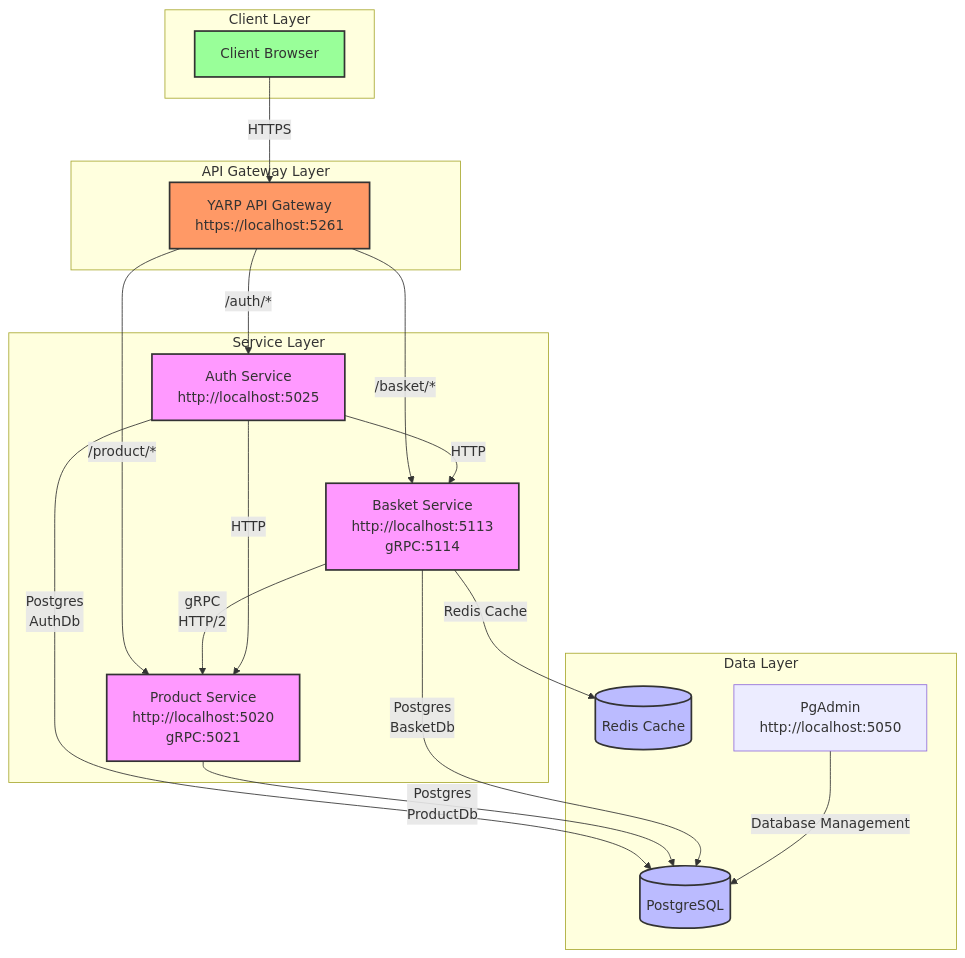
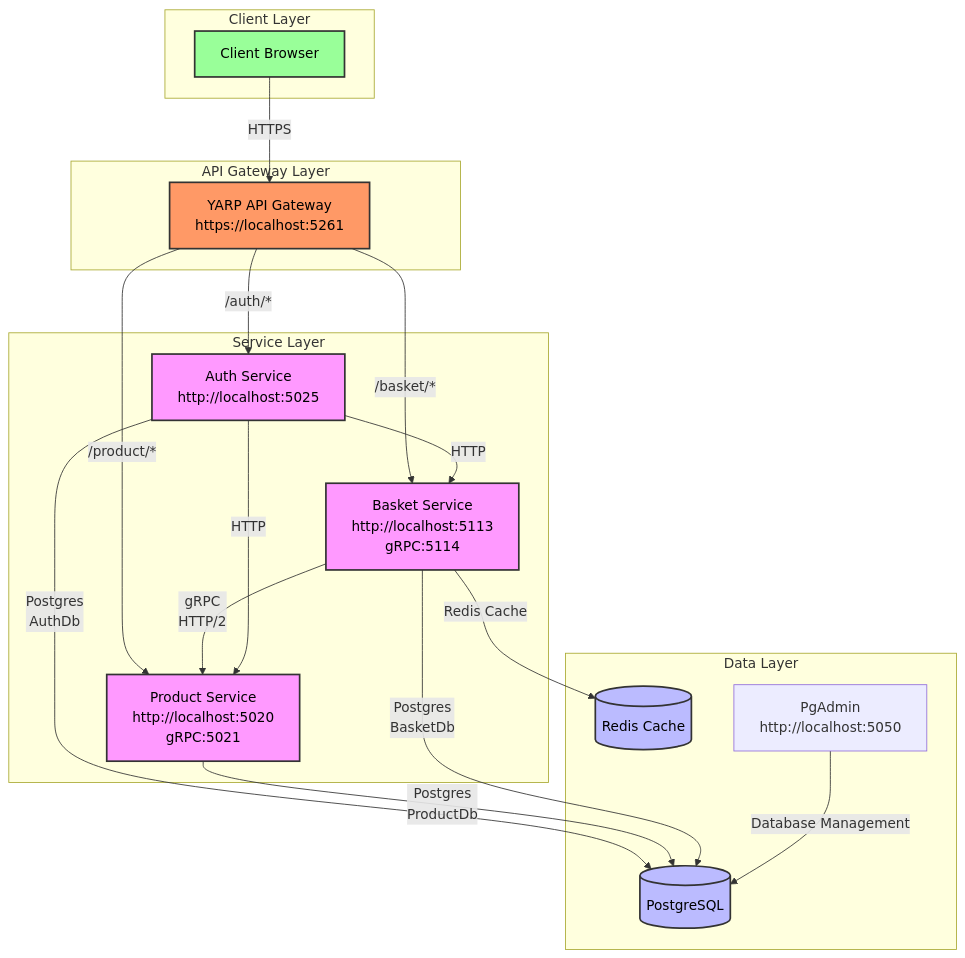
One commit to kalzimkholodros/gRPC_Yarp changed the first of 5 diagrams in README.md. Above: the diagram before and after it, drawn with Mermaid.

````diff
--- a/README.md
+++ b/README.md
@@ -7,55 +7,55 @@
 ```mermaid
 graph TD
     subgraph Client Layer
         Client[Client Browser]
     end
 
     subgraph API Gateway Layer
         YARP[YARP API Gateway<br/>https://localhost:5261]
     end
 
     subgraph Service Layer
         Auth[Auth Service<br/>http://localhost:5025]
         Product[Product Service<br/>http://localhost:5020<br/>gRPC:5021]
         Basket[Basket Service<br/>http://localhost:5113<br/>gRPC:5114]
     end
 
     subgraph Data Layer
         Redis[(Redis Cache)]
         Postgres[(PostgreSQL)]
         PgAdmin[PgAdmin<br/>http://localhost:5050]
     end
 
     %% Client to Gateway
     Client -->|HTTPS| YARP
 
     %% Gateway to Services
     YARP -->|/auth/*| Auth
     YARP -->|/product/*| Product
     YARP -->|/basket/*| Basket
 
     %% Service to Service Communication
     Basket -->|gRPC<br/>HTTP/2| Product
     Auth -->|HTTP| Product
     Auth -->|HTTP| Basket
 
     %% Service to Data Layer
     Auth -->|Postgres<br/>AuthDb| Postgres
     Product -->|Postgres<br/>ProductDb| Postgres
     Basket -->|Postgres<br/>BasketDb| Postgres
     Basket -->|Redis Cache| Redis
 
     %% Database Management
     PgAdmin -->|Database Management| Postgres
 
     %% Communication Protocols
-    classDef service fill:#f9f,stroke:#333,stroke-width:2px
-    classDef database fill:#bbf,stroke:#333,stroke-width:2px
-    classDef gateway fill:#f96,stroke:#333,stroke-width:2px
-    classDef client fill:#9f9,stroke:#333,stroke-width:2px
+    classDef service fill:#f9f,stroke:#333,stroke-width:2px,color:#000
+    classDef database fill:#bbf,stroke:#333,stroke-width:2px,color:#000
+    classDef gateway fill:#f96,stroke:#333,stroke-width:2px,color:#000
+    classDef client fill:#9f9,stroke:#333,stroke-width:2px,color:#000
 
     class Auth,Product,Basket service
     class Redis,Postgres database
     class YARP gateway
     class Client client
 ```
````
